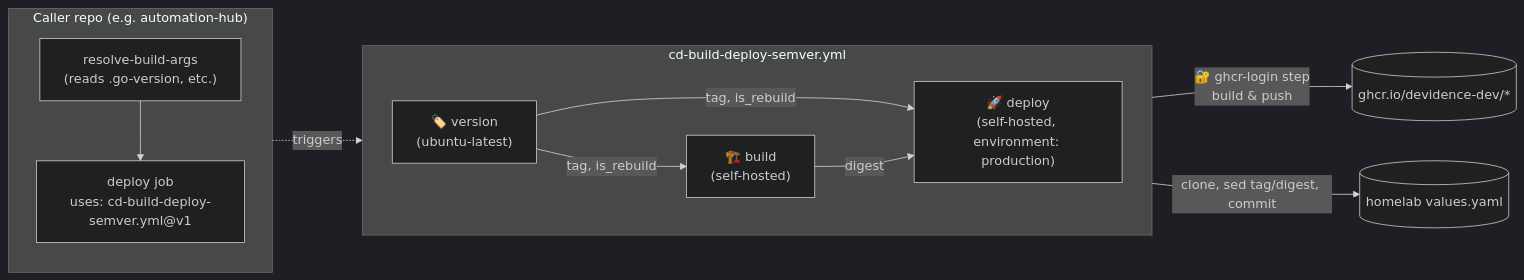
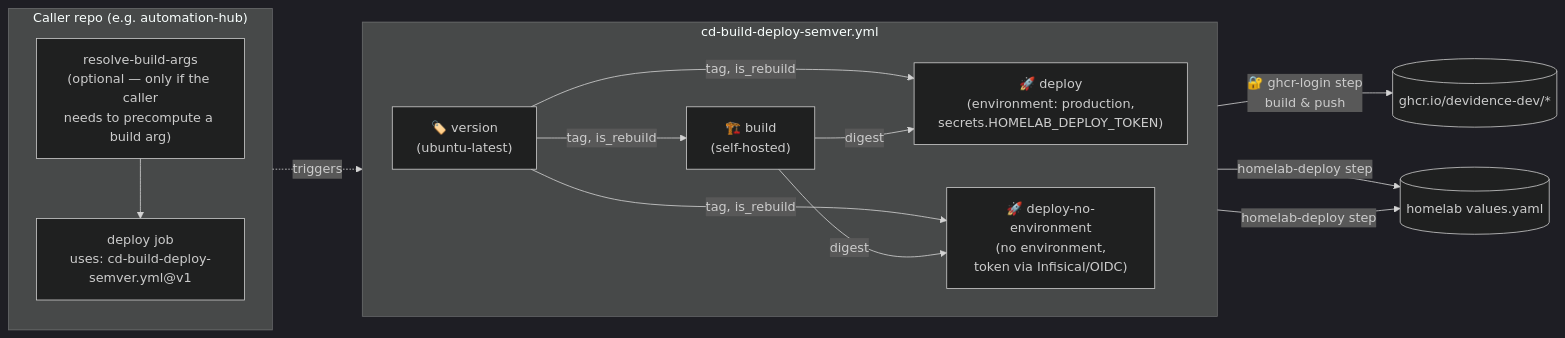
Before and after one commit to devidence-dev/workflows: the second of 4 diagrams in README.md, drawn with Mermaid (dark theme). The commit also changed other lines of this file and 9 other files, not shown here.

````diff
--- a/README.md
+++ b/README.md
@@ -63,18 +67,21 @@
 ```mermaid
 flowchart LR
     subgraph Caller["Caller repo (e.g. automation-hub)"]
         direction TB
-        RBA["resolve-build-args<br/>(reads .go-version, etc.)"] --> DJ["deploy job<br/>uses: cd-build-deploy-semver.yml@v1"]
+        RBA["resolve-build-args<br/>(optional — only if the caller<br/>needs to precompute a build arg)"] --> DJ["deploy job<br/>uses: cd-build-deploy-semver.yml@v1"]
     end
 
     subgraph RW["cd-build-deploy-semver.yml"]
         direction LR
         V["🏷️ version<br/>(ubuntu-latest)"] -->|"tag, is_rebuild"| B["🏗️ build<br/>(self-hosted)"]
-        V -->|"tag, is_rebuild"| D["🚀 deploy<br/>(self-hosted, environment: production)"]
-        B -->|digest| D
+        V -->|"tag, is_rebuild"| D1["🚀 deploy<br/>(environment: production,<br/>secrets.HOMELAB_DEPLOY_TOKEN)"]
+        V -->|"tag, is_rebuild"| D2["🚀 deploy-no-environment<br/>(no environment,<br/>token via Infisical/OIDC)"]
+        B -->|digest| D1
+        B -->|digest| D2
     end
 
     DJ -. triggers .-> V
     B -- "🔐 ghcr-login step<br/>build & push" --> GHCR[(ghcr.io/devidence-dev/*)]
-    D -- "clone, sed tag/digest, commit" --> HL[(homelab values.yaml)]
+    D1 -- "homelab-deploy step" --> HL[(homelab values.yaml)]
+    D2 -- "homelab-deploy step" --> HL
 ```
````
